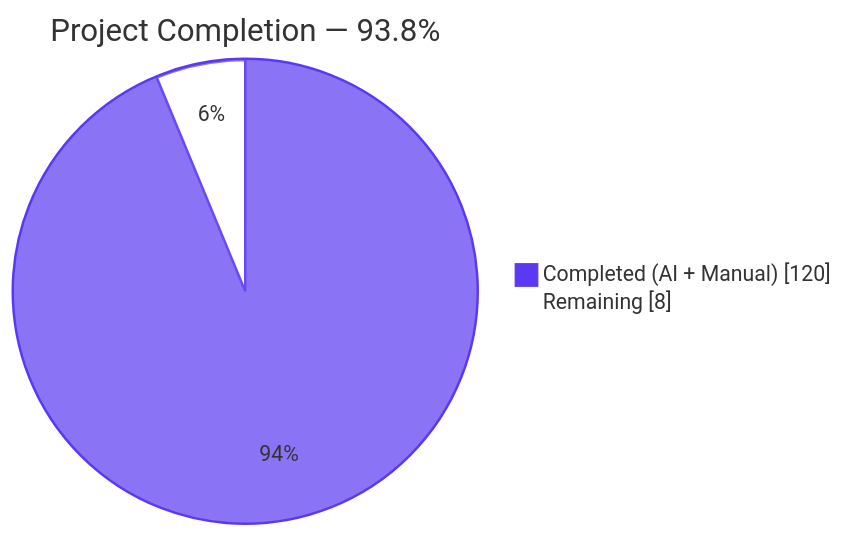
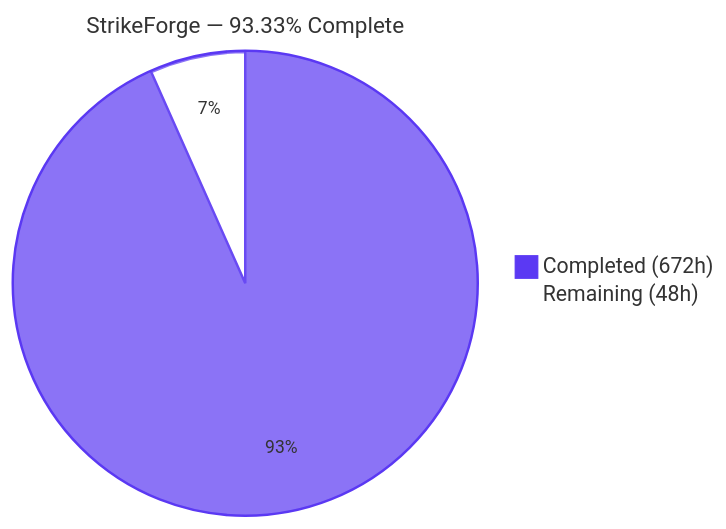
Before and after one commit to Blitzy-Sandbox/blitzy-configurator: the first of 4 diagrams in blitzy/documentation/Project Guide.md, drawn with Mermaid. The commit also changed other lines of this file, not shown here.

Commit message:
Adding Blitzy Project Guide: Project Status and Human Tasks Remaining

````diff
--- a/blitzy/documentation/Project Guide.md
+++ b/blitzy/documentation/Project Guide.md
@@ -11,6 +17,6 @@
 ```mermaid
-%%{init: {'theme':'base','themeVariables':{'pie1':'#5B39F3','pie2':'#FFFFFF','pieStrokeColor':'#5B39F3','pieOuterStrokeColor':'#5B39F3','pieSectionTextColor':'#333333','pieTitleTextColor':'#333333'}}}%%
-pie showData title Project Completion — 93.8%
-    "Completed (AI + Manual)" : 120
-    "Remaining" : 8
+%%{init: {'theme':'base','themeVariables':{'pie1':'#5B39F3','pie2':'#FFFFFF','pieStrokeColor':'#5B39F3','pieOuterStrokeColor':'#5B39F3','pieTitleTextSize':'18px','pieSectionTextSize':'14px'}}}%%
+pie title StrikeForge — 93.33% Complete
+    "Completed (672h)" : 672
+    "Remaining (48h)" : 48
 ```
````
